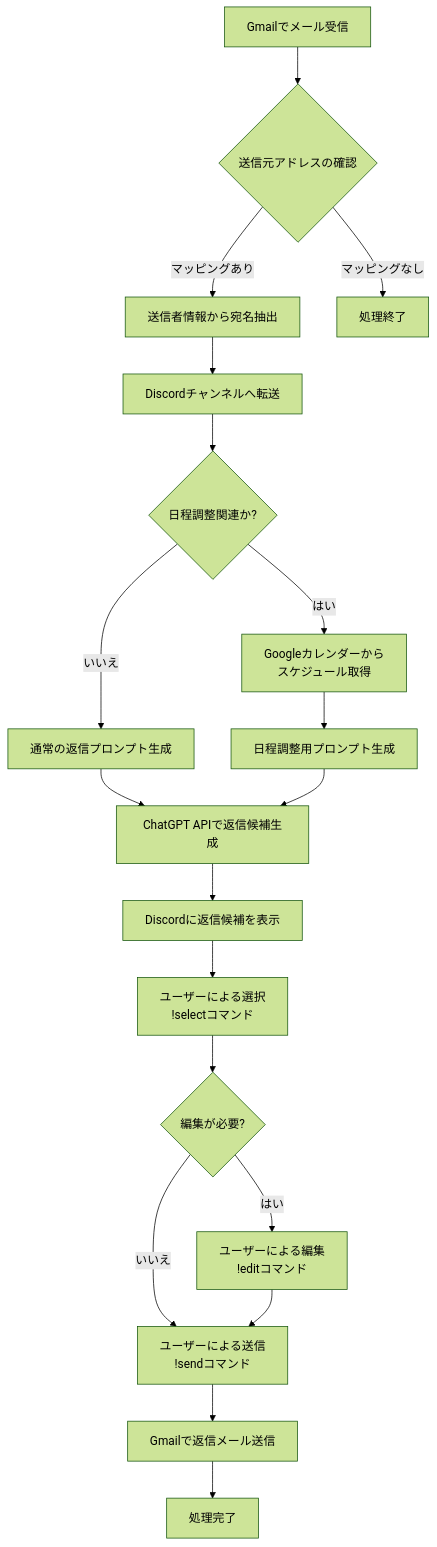
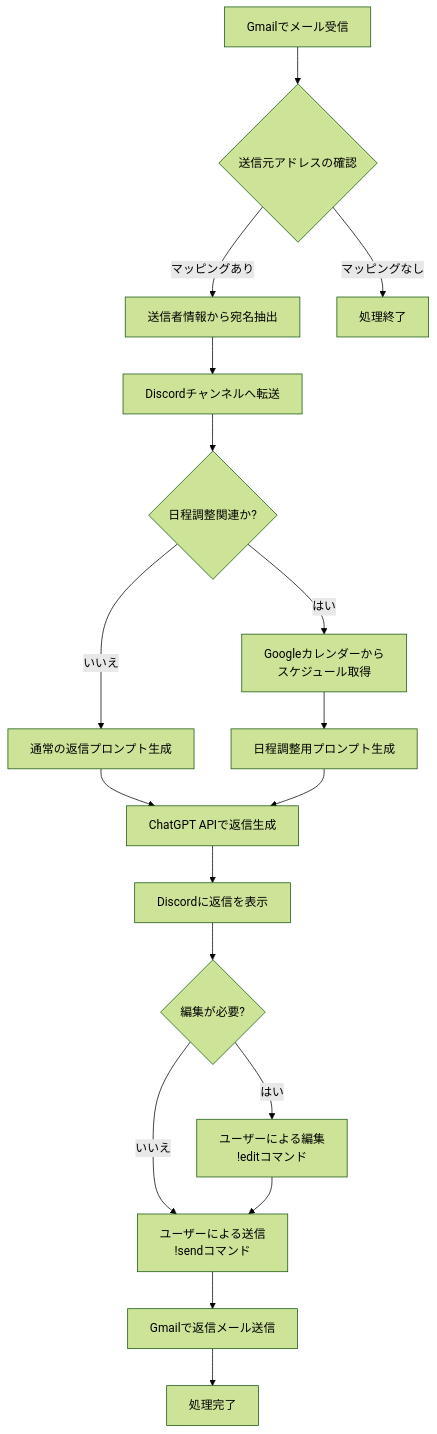
Before and after one commit to YUiCHI-Ai/gmail-discord-ai-responder: the diagram in README.md, drawn with Mermaid (forest theme). The commit also changed other lines of this file and 6 other files, not shown here.

````diff
--- a/README.md
+++ b/README.md
@@ -233,21 +228,20 @@
 ```mermaid
 flowchart TD
     A[Gmailでメール受信] --> B{送信元アドレスの確認}
     B -->|マッピングあり| C[送信者情報から宛名抽出]
     B -->|マッピングなし| Z[処理終了]
     C --> D[Discordチャンネルへ転送]
     D --> E{日程調整関連か?}
     E -->|はい| F[Googleカレンダーから\nスケジュール取得]
     E -->|いいえ| G[通常の返信プロンプト生成]
     F --> H[日程調整用プロンプト生成]
-    G --> I[ChatGPT APIで返信候補生成]
+    G --> I[ChatGPT APIで返信生成]
     H --> I
-    I --> J[Discordに返信候補を表示]
-    J --> K[ユーザーによる選択\n!selectコマンド]
-    K --> L{編集が必要?}
+    I --> J[Discordに返信を表示]
+    J --> L{編集が必要?}
     L -->|はい| M[ユーザーによる編集\n!editコマンド]
     L -->|いいえ| N[ユーザーによる送信\n!sendコマンド]
     M --> N
     N --> O[Gmailで返信メール送信]
     O --> P[処理完了]
 ```
````
